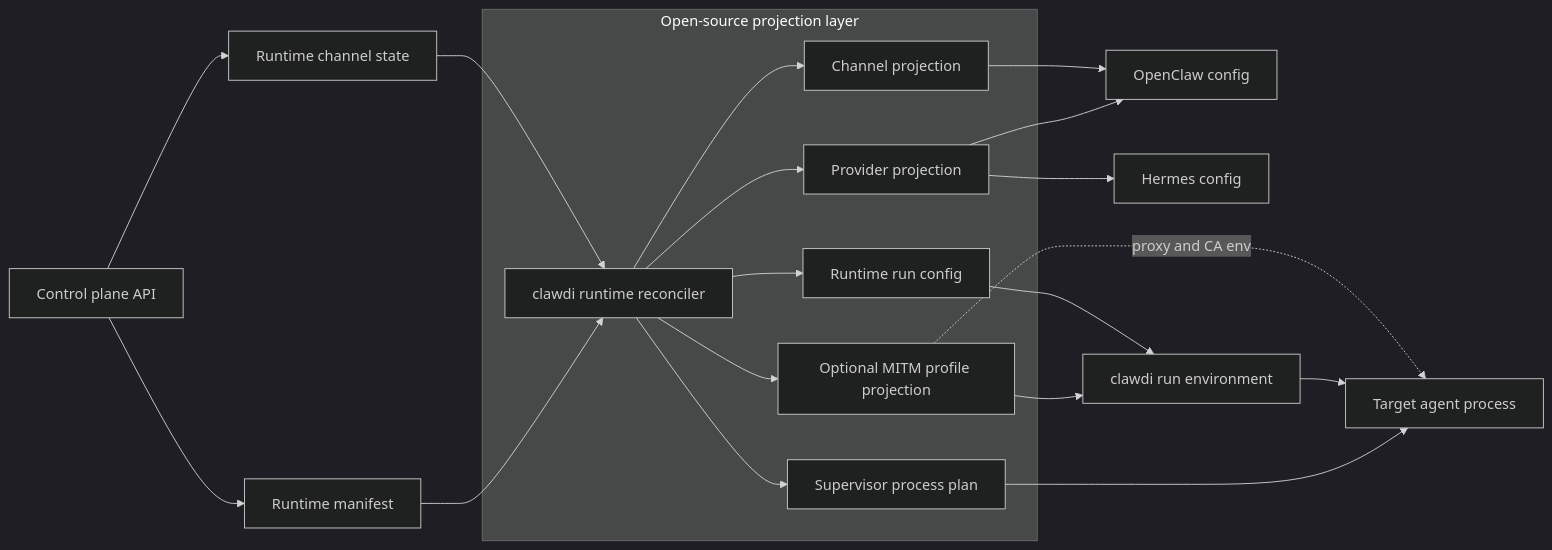
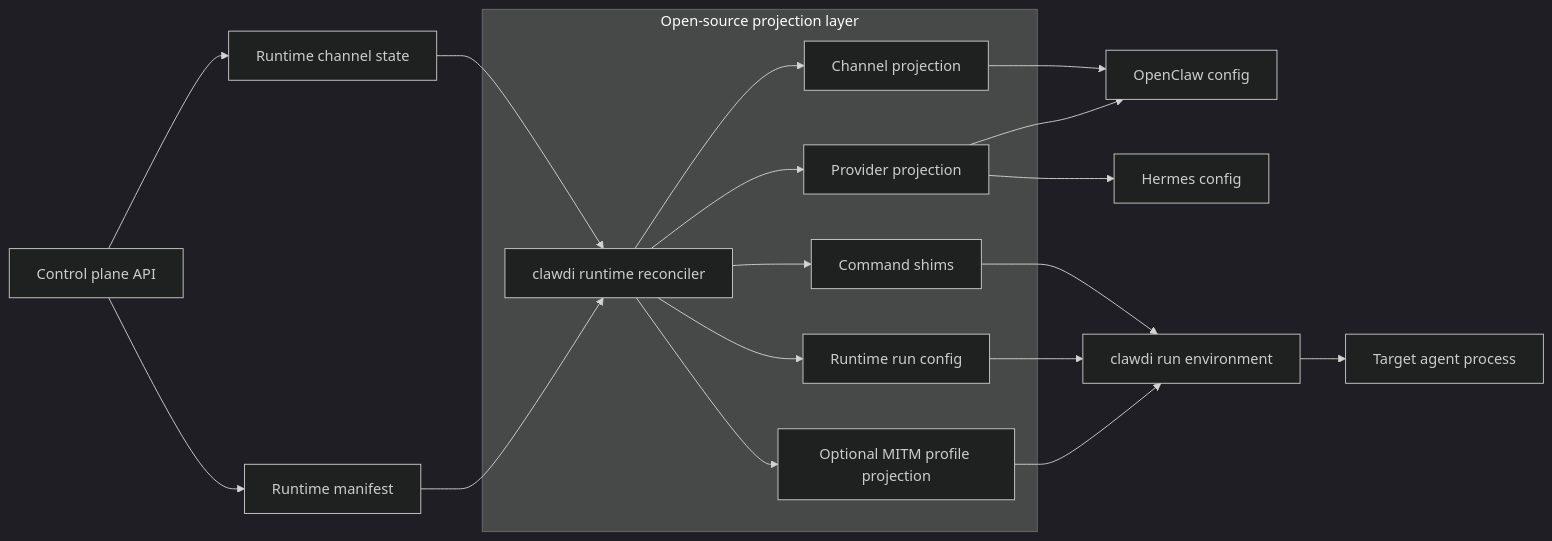
One commit to Clawdi-AI/clawdi changed the diagram in docs/plans/runtime-projection-boundary.md. Above: the diagram before and after it, drawn with Mermaid (dark theme). The commit also changed other lines of this file and 24 other files, not shown here.

````diff
--- a/docs/plans/runtime-projection-boundary.md
+++ b/docs/plans/runtime-projection-boundary.md
@@ -37,24 +44,23 @@
 ```mermaid
 flowchart LR
     ControlPlane[Control plane API] --> Manifest[Runtime manifest]
     ControlPlane --> Channels[Runtime channel state]
     Manifest --> CLI[clawdi runtime reconciler]
     Channels --> CLI
 
     subgraph Projection["Open-source projection layer"]
         CLI --> Provider[Provider projection]
         CLI --> Channel[Channel projection]
-        CLI --> Sidecar[Optional MITM profile projection]
+        CLI --> Broker[Optional MITM profile projection]
         CLI --> RunConfig[Runtime run config]
-        CLI --> SupervisorPlan[Supervisor process plan]
+        CLI --> Shims[Command shims]
     end
 
     Provider --> OpenClaw[OpenClaw config]
     Provider --> Hermes[Hermes config]
     Channel --> OpenClaw
-    Sidecar --> Runner[clawdi run environment]
+    Broker --> Runner[clawdi run environment]
     RunConfig --> Runner
-    SupervisorPlan --> Target
+    Shims --> Runner
     Runner --> Target[Target agent process]
-    Sidecar -. proxy and CA env .-> Target
 ```
````
